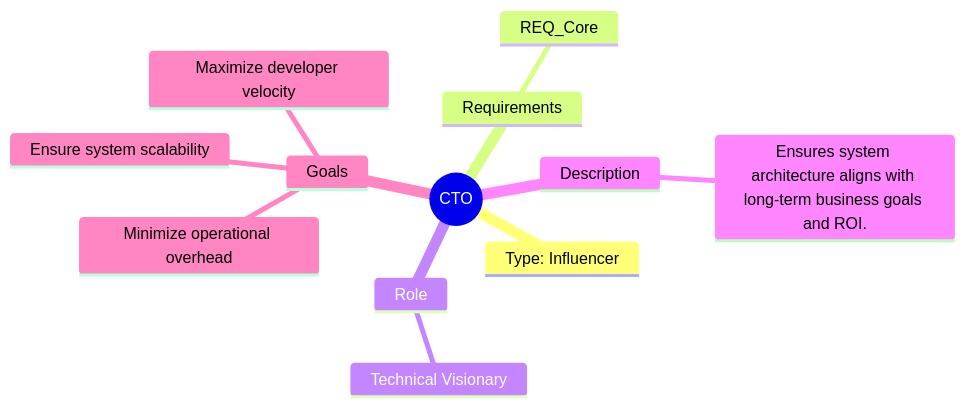
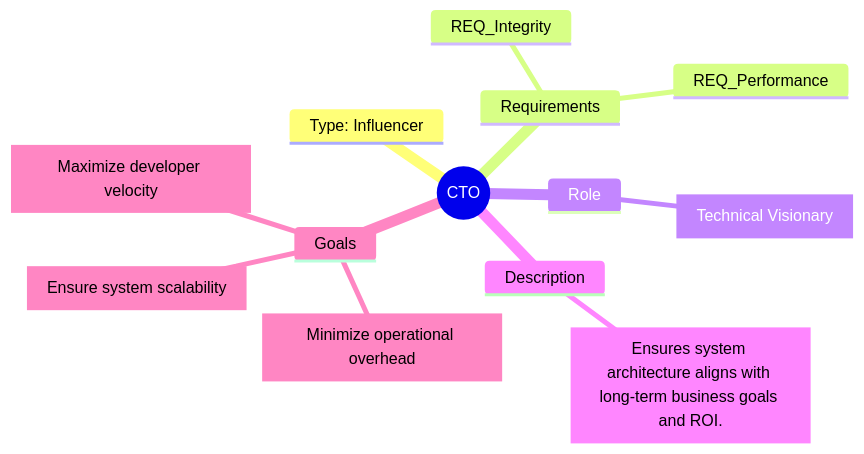
Before and after one commit to futurefoundai/foundryspec: the diagram in docs/personas/PER_CTO.mermaid, drawn with Mermaid. The commit also changed 13 other files, not shown here.

```diff
--- a/docs/personas/PER_CTO.mermaid
+++ b/docs/personas/PER_CTO.mermaid
@@ -1,20 +1,19 @@
 ---
 id: "PER_CTO"
 title: Chief Technology Officer
 description: Defines high-level technical direction and cost constraints.
-entities:
-  - id: "PER_CTO"
 ---
 mindmap
   PER_CTO((CTO))
     Type: Influencer
     Requirements
-      REQ_Core
+      REQ_Performance
+      REQ_Integrity
     Role
-      Technical Visionary
+      ROLE["Technical Visionary"]
     Description
-      Ensures system architecture aligns with long-term business goals and ROI.
+      DESCRIPTION["Ensures system architecture aligns with long-term business goals and ROI."]
     Goals
-      Minimize operational overhead
-      Ensure system scalability
-      Maximize developer velocity
+      GOAL_1["Minimize operational overhead"]
+      GOAL_2["Ensure system scalability"]
+      GOAL_3["Maximize developer velocity"]
```
